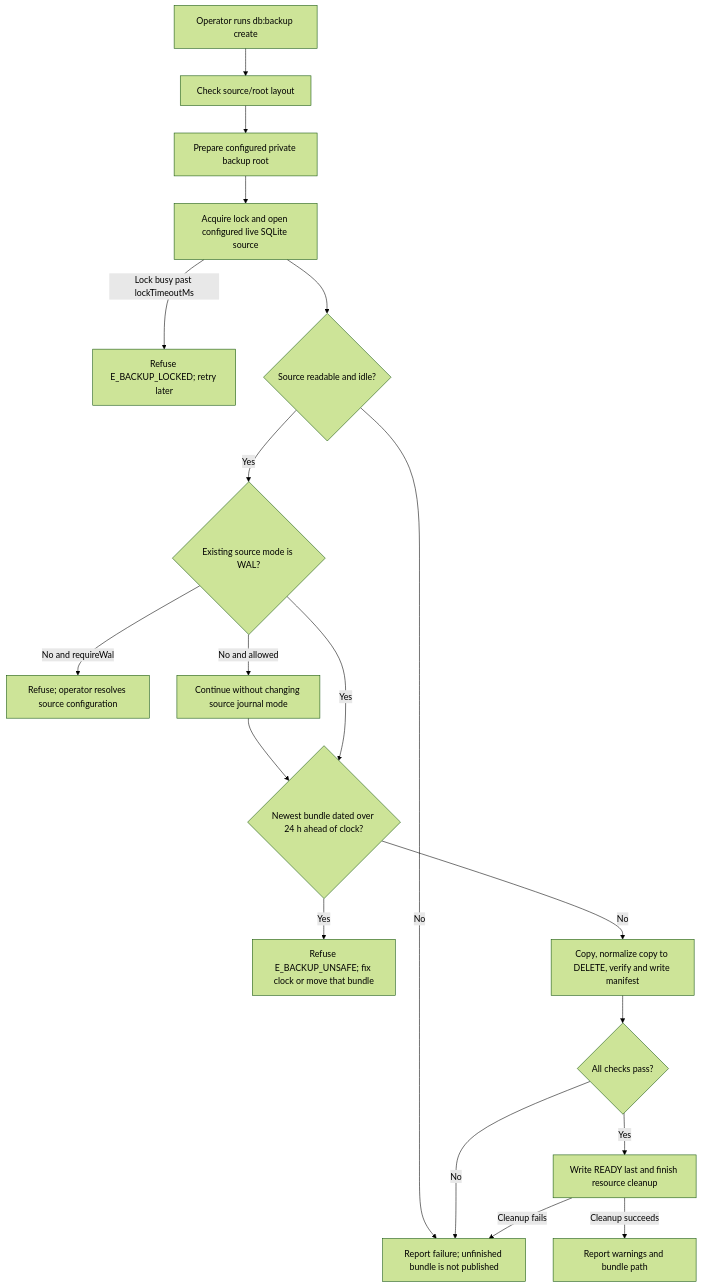
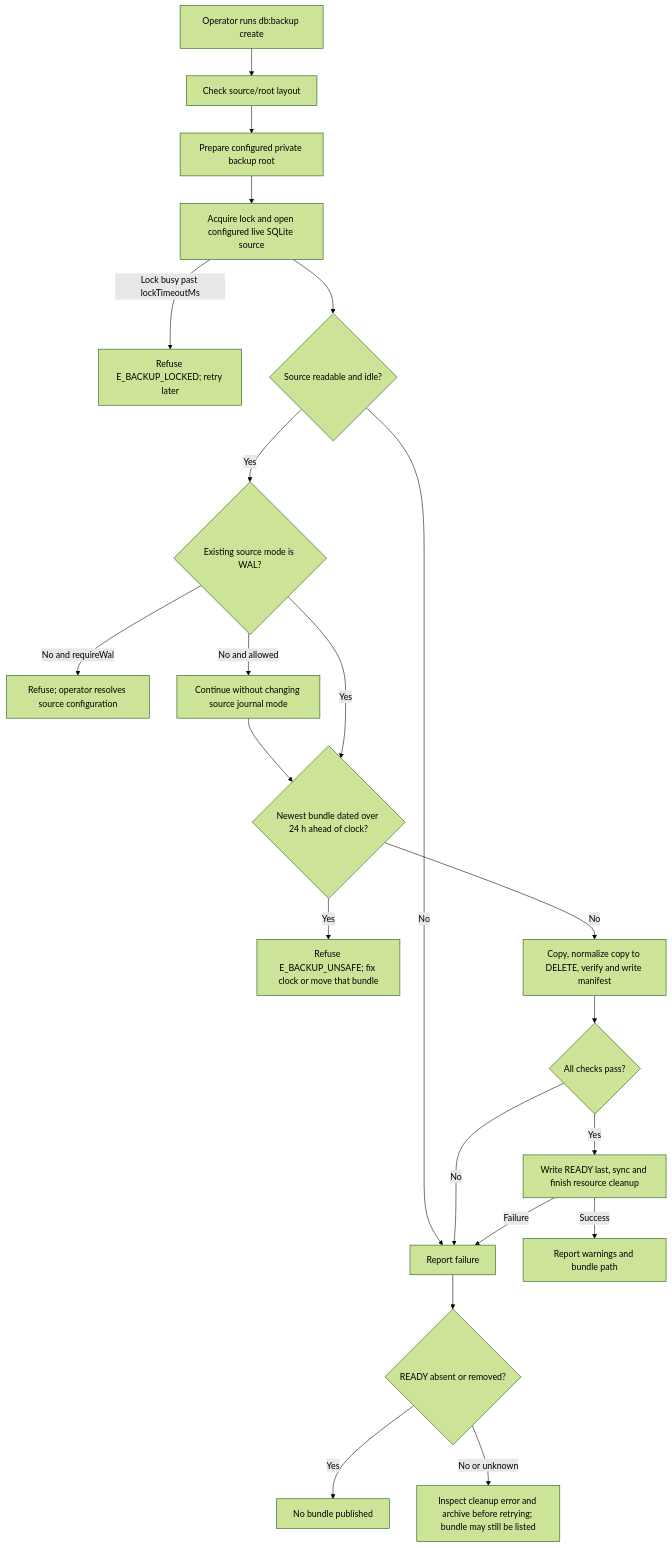
Before and after one commit to Kevinjohn/oss-adonisjs-sqlite-backup: the first of 2 diagrams in user-stories/create-bundle/us-op-01-create-bundle.md, drawn with Mermaid (forest theme). The commit also changed other lines of this file and 4 other files, not shown here.

````diff
--- a/user-stories/create-bundle/us-op-01-create-bundle.md
+++ b/user-stories/create-bundle/us-op-01-create-bundle.md
@@ -26,21 +26,24 @@
 ```mermaid
 flowchart TD
     A["Operator runs db:backup create"] --> P["Check source/root layout"]
     P --> B["Prepare configured private backup root"]
     B --> C["Acquire lock and open configured live SQLite source"]
     C -->|Lock busy past lockTimeoutMs| X["Refuse E_BACKUP_LOCKED; retry later"]
     C --> O{"Source readable and idle?"}
     O -->|No| F
     O -->|Yes| J{"Existing source mode is WAL?"}
     J -->|No and requireWal| K["Refuse; operator resolves source configuration"]
     J -->|No and allowed| L["Continue without changing source journal mode"]
     L --> Y{"Newest bundle dated over 24 h ahead of clock?"}
     J -->|Yes| Y
     Y -->|Yes| Z["Refuse E_BACKUP_UNSAFE; fix clock or move that bundle"]
     Y -->|No| D["Copy, normalize copy to DELETE, verify and write manifest"]
     D --> E{"All checks pass?"}
-    E -->|No| F["Report failure; unfinished bundle is not published"]
-    E -->|Yes| G["Write READY last and finish resource cleanup"]
-    G -->|Cleanup succeeds| H["Report warnings and bundle path"]
-    G -->|Cleanup fails| F
+    E -->|No| F["Report failure"]
+    E -->|Yes| G["Write READY last, sync and finish resource cleanup"]
+    G -->|Success| H["Report warnings and bundle path"]
+    G -->|Failure| F
+    F --> T{"READY absent or removed?"}
+    T -->|Yes| U["No bundle published"]
+    T -->|No or unknown| V["Inspect cleanup error and archive before retrying; bundle may still be listed"]
 ```
````
